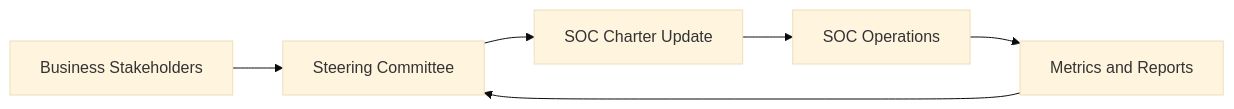
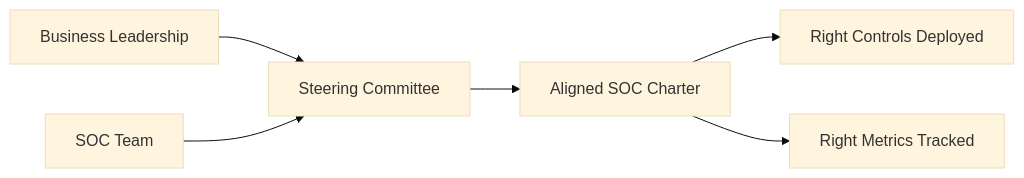
One commit to ammaryasser28/SEC450 changed the second of 8 diagrams in 450.1 - Blue Team Tools and Operation /SOC Overview.md. Above: the diagram before and after it, drawn with Mermaid (base theme). The commit also changed other lines of this file, not shown here.

Commit message:
Update SOC Overview.md

````diff
--- a/450.1 - Blue Team Tools and Operation /SOC Overview.md
+++ b/450.1 - Blue Team Tools and Operation /SOC Overview.md
@@ -150,8 +105,8 @@
 ```mermaid
 flowchart LR
-    A[Business Stakeholders] --> B[Steering Committee]
-    B --> C[SOC Charter Update]
-    C --> D[SOC Operations]
-    D --> E[Metrics and Reports]
-    E --> B
+    A[Business Leadership] --> B[Steering Committee]
+    C[SOC Team] --> B
+    B --> D[Aligned SOC Charter]
+    D --> E[Right Controls Deployed]
+    D --> F[Right Metrics Tracked]
 ```
````
